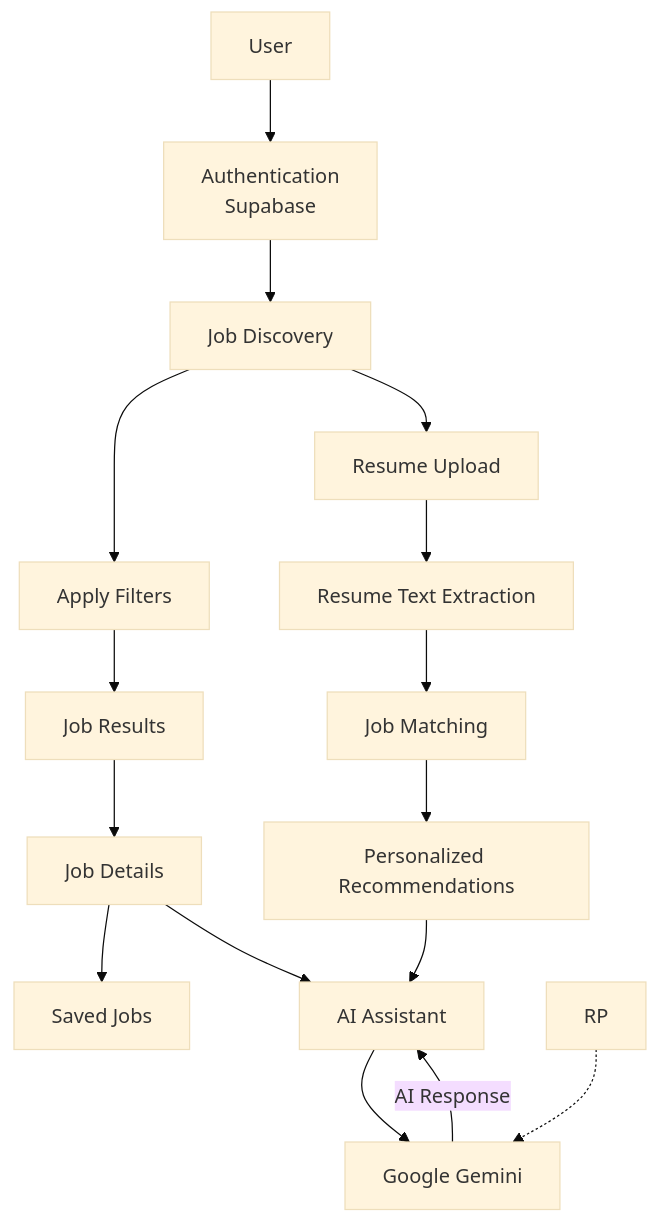
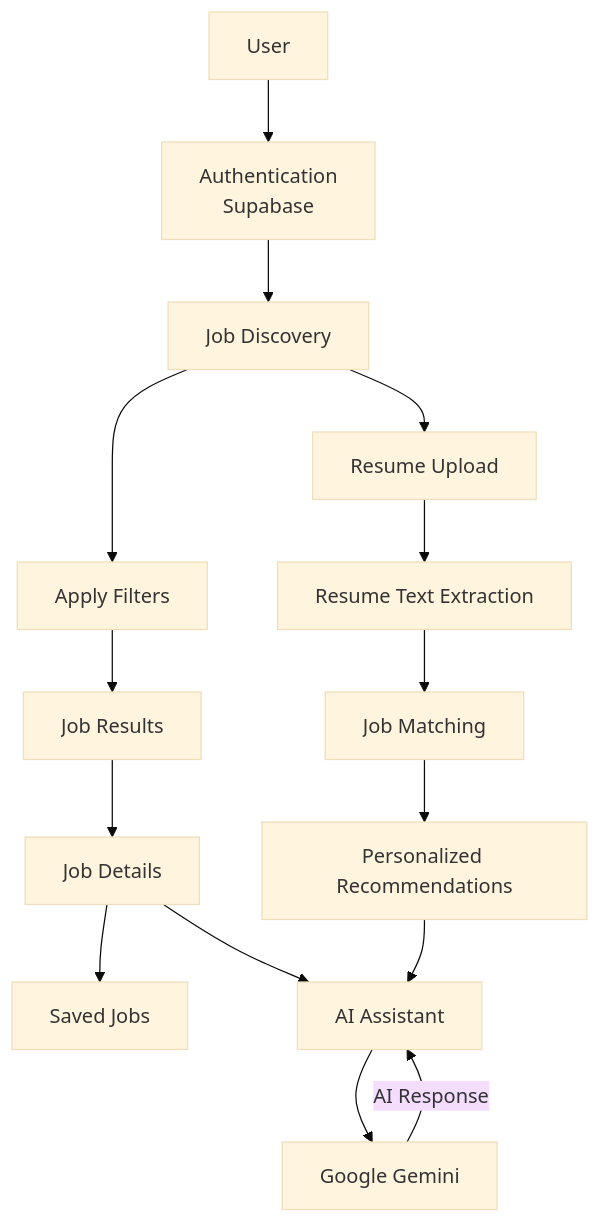
Before and after one commit to DarshanMathpal/JobWiseAI: the first of 2 diagrams in README.md, drawn with Mermaid (base theme).

````diff
--- a/README.md
+++ b/README.md
@@ -50,38 +50,36 @@
 ```mermaid
 flowchart TD
     U[User]
     A[Authentication<br/>Supabase]
     D[Job Discovery]
     R[Job Results]
     J[Job Details]
     AP[Apply Filters]
 
     RS[Resume Upload]
     EX[Resume Text Extraction]
     M[Job Matching]
     REC[Personalized Recommendations]
 
     S[Saved Jobs]
     AI[AI Assistant]
     G[Google Gemini]
 
     U --> A
     A --> D
     D --> AP
     AP --> R
     R --> J
     D --> RS
 
     RS --> EX
     EX --> M
     M --> REC
 
     J --> S
     J --> AI
     REC --> AI
 
     AI --> G
     G -->|AI Response| AI
-
-    RP -.-> G
 ```
````
